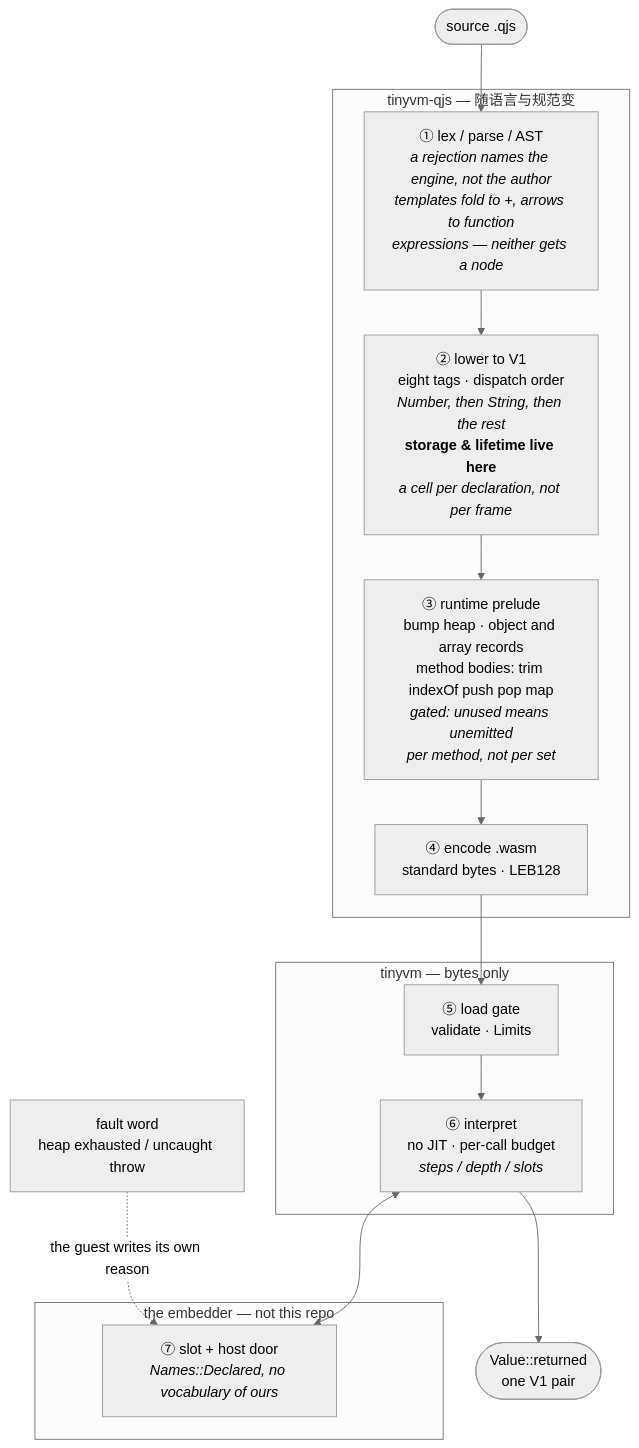
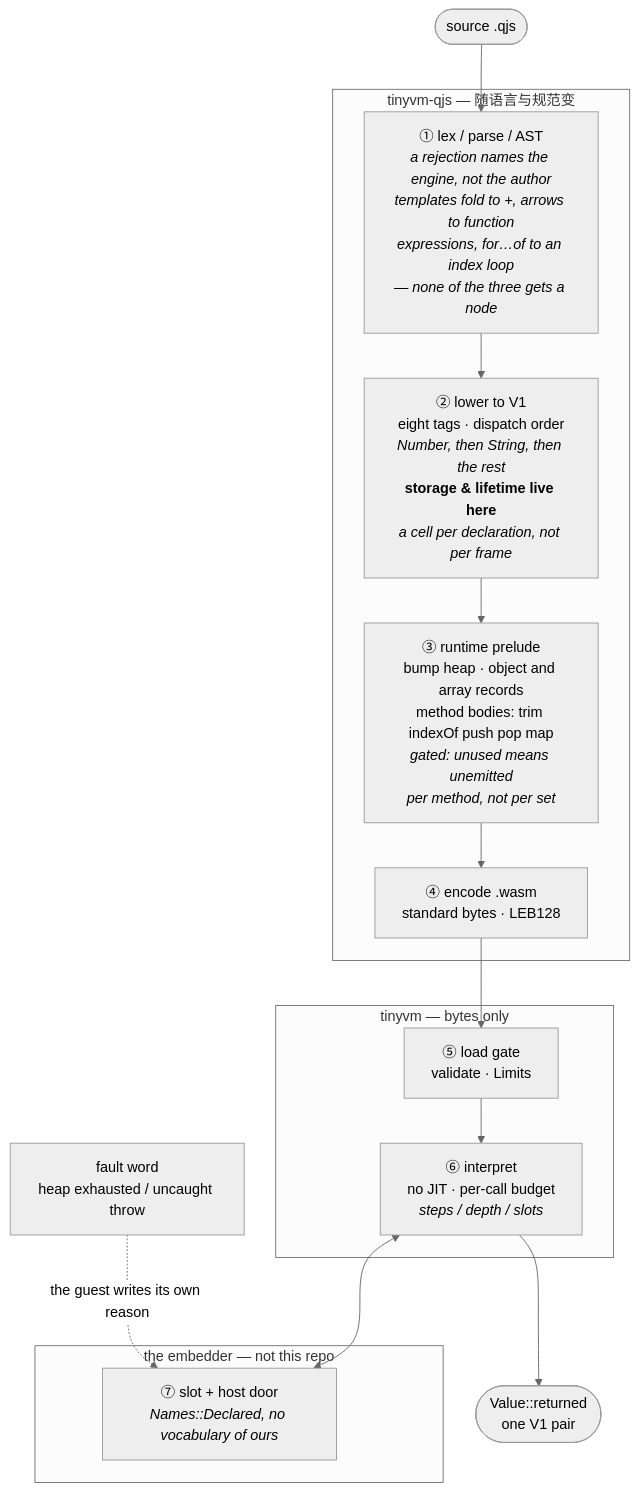
One commit to partnernetsoftware/tinyvm changed the diagram in prd/PRD.md. Above: the diagram before and after it, drawn with Mermaid (neutral theme). The commit also changed other lines of this file, not shown here.

````diff
--- a/prd/PRD.md
+++ b/prd/PRD.md
@@ -54,26 +54,26 @@
 ```mermaid
 flowchart TD
   subgraph LANG["tinyvm-qjs — 随语言与规范变"]
-    R1["① lex / parse / AST<br/><i>a rejection names the engine, not the author</i><br/><i>templates fold to +, arrows to function<br/>expressions — neither gets a node</i>"]
+    R1["① lex / parse / AST<br/><i>a rejection names the engine, not the author</i><br/><i>templates fold to +, arrows to function<br/>expressions, for…of to an index loop<br/>— none of the three gets a node</i>"]
     R2["② lower to V1<br/>eight tags · dispatch order<br/><i>Number, then String, then the rest</i><br/><b>storage &amp; lifetime live here</b><br/><i>a cell per declaration, not per frame</i>"]
     R3["③ runtime prelude<br/>bump heap · object and array records<br/>method bodies: trim indexOf push pop map<br/><i>gated: unused means unemitted</i><br/><i>per method, not per set</i>"]
     R4["④ encode .wasm<br/>standard bytes · LEB128"]
     R1 --> R2 --> R3 --> R4
   end
 
   subgraph CORE["tinyvm — bytes only"]
     R5["⑤ load gate<br/>validate · Limits"]
     R6["⑥ interpret<br/>no JIT · per-call budget<br/><i>steps / depth / slots</i>"]
     R5 --> R6
   end
 
   subgraph HOST["the embedder — not this repo"]
     R7["⑦ slot + host door<br/><i>Names::Declared, no vocabulary of ours</i>"]
   end
 
   SRC(["source .qjs"]) --> R1
   R4 --> R5
   R6 <--> R7
   R6 --> OUT(["Value::returned<br/>one V1 pair"])
   FW["fault word<br/>heap exhausted / uncaught throw"] -.->|"the guest writes its own reason"| R7
 ```
````
